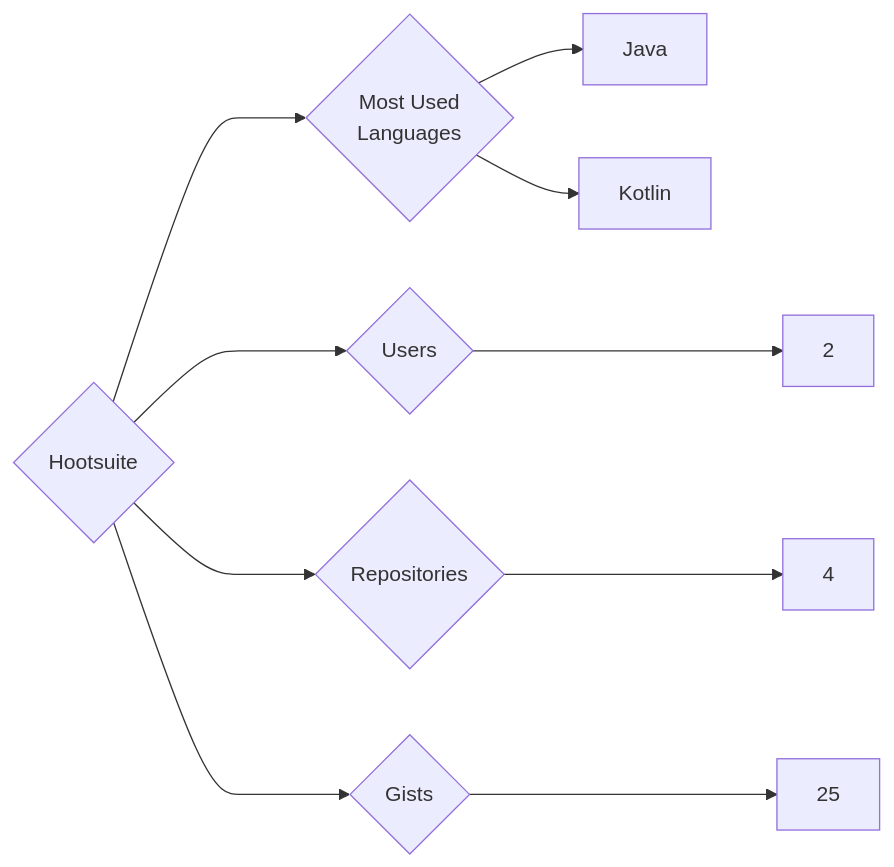
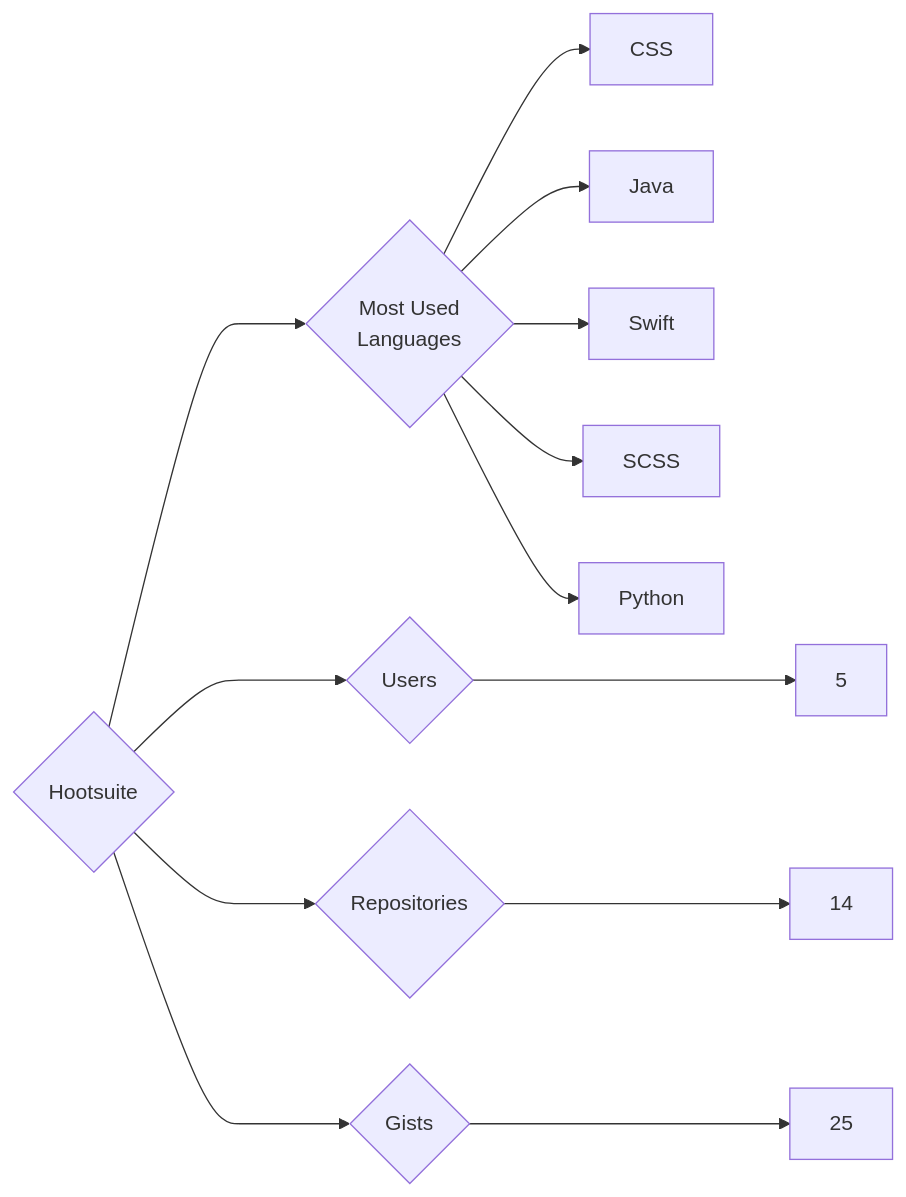
The diagram in targets/Hootsuite/README.md (trickest/insiders), drawn with Mermaid before and after one commit. The commit also changed 1175 other files, not shown here.

````diff
--- a/targets/Hootsuite/README.md
+++ b/targets/Hootsuite/README.md
@@ -3,10 +3,13 @@
 ```mermaid
 graph LR
 COMPANY_NAME{Hootsuite}
-COMPANY_NAME ---> U{Users} ---> UN[2]
-COMPANY_NAME ---> R{Repositories} ---> RN[4]
+COMPANY_NAME ---> U{Users} ---> UN[5]
+COMPANY_NAME ---> R{Repositories} ---> RN[14]
 COMPANY_NAME ---> G{Gists} ---> GN[25]
 COMPANY_NAME ---> ML{Most Used<br>Languages}
+ML --> CSS[CSS]
 ML --> Java[Java]
-ML --> Kotlin[Kotlin]
+ML --> Swift[Swift]
+ML --> SCSS[SCSS]
+ML --> Python[Python]
 ```
````
